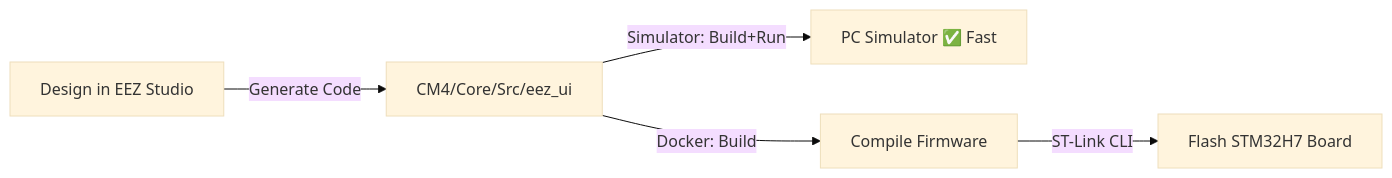
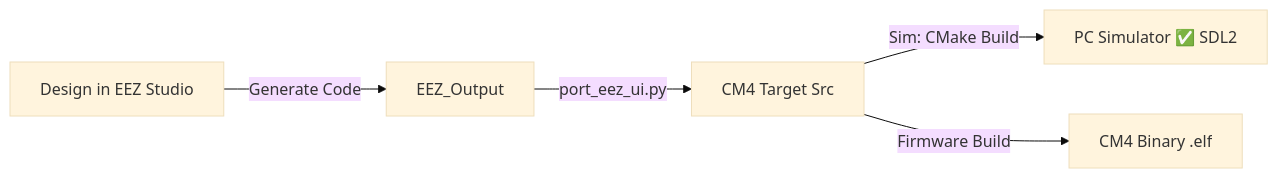
The second of 2 diagrams in README.md (alex-yassa/TEP-ICS-UI), drawn with Mermaid (base theme) before and after one commit. The commit also changed other lines of this file, not shown here.

````diff
--- a/README.md
+++ b/README.md
@@ -79,7 +91,7 @@
 ```mermaid
 graph LR
-    A[Design in EEZ Studio] -->|Generate Code| B[CM4/Core/Src/eez_ui]
-    B -->|Simulator: Build+Run| C[PC Simulator ✅ Fast]
-    B -->|Docker: Build| D[Compile Firmware]
-    D -->|ST-Link CLI| E[Flash STM32H7 Board]
+    A[Design in EEZ Studio] -->|Generate Code| B[EEZ_Output]
+    B -->|port_eez_ui.py| C[CM4 Target Src]
+    C -->|Sim: CMake Build| D[PC Simulator ✅ SDL2]
+    C -->|Firmware Build| E[CM4 Binary .elf]
 ```
````
